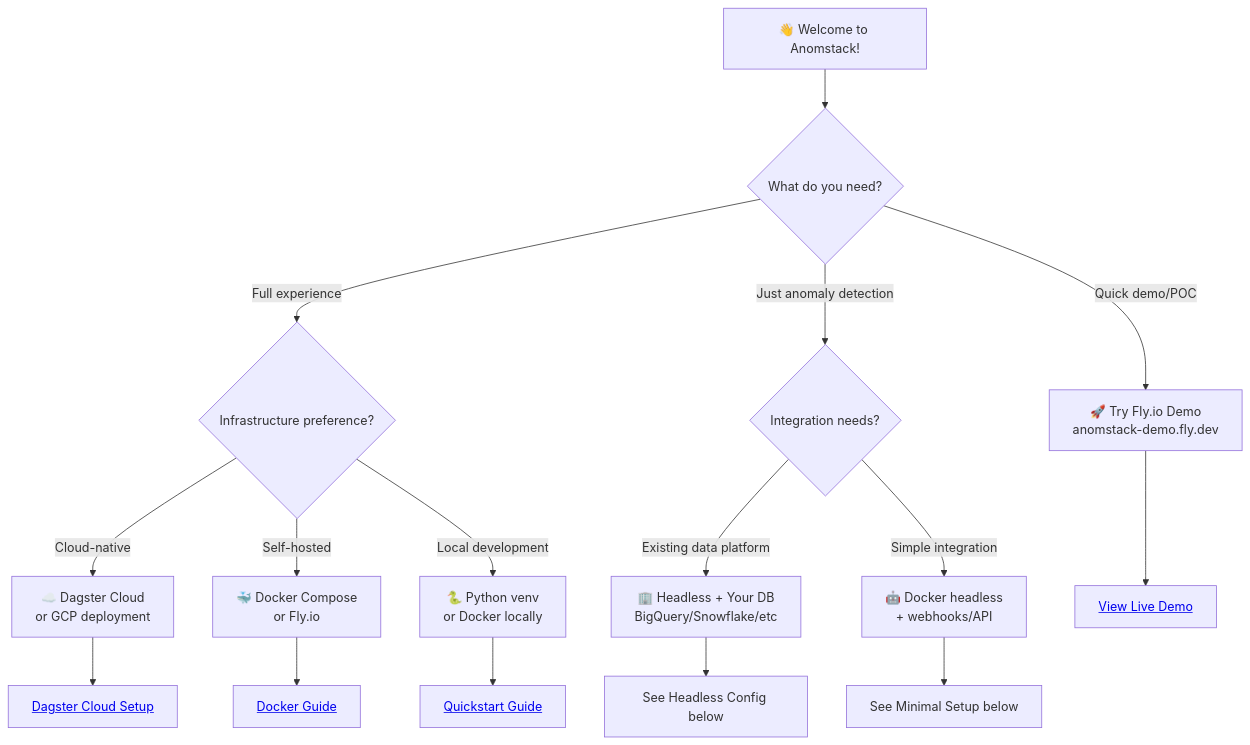
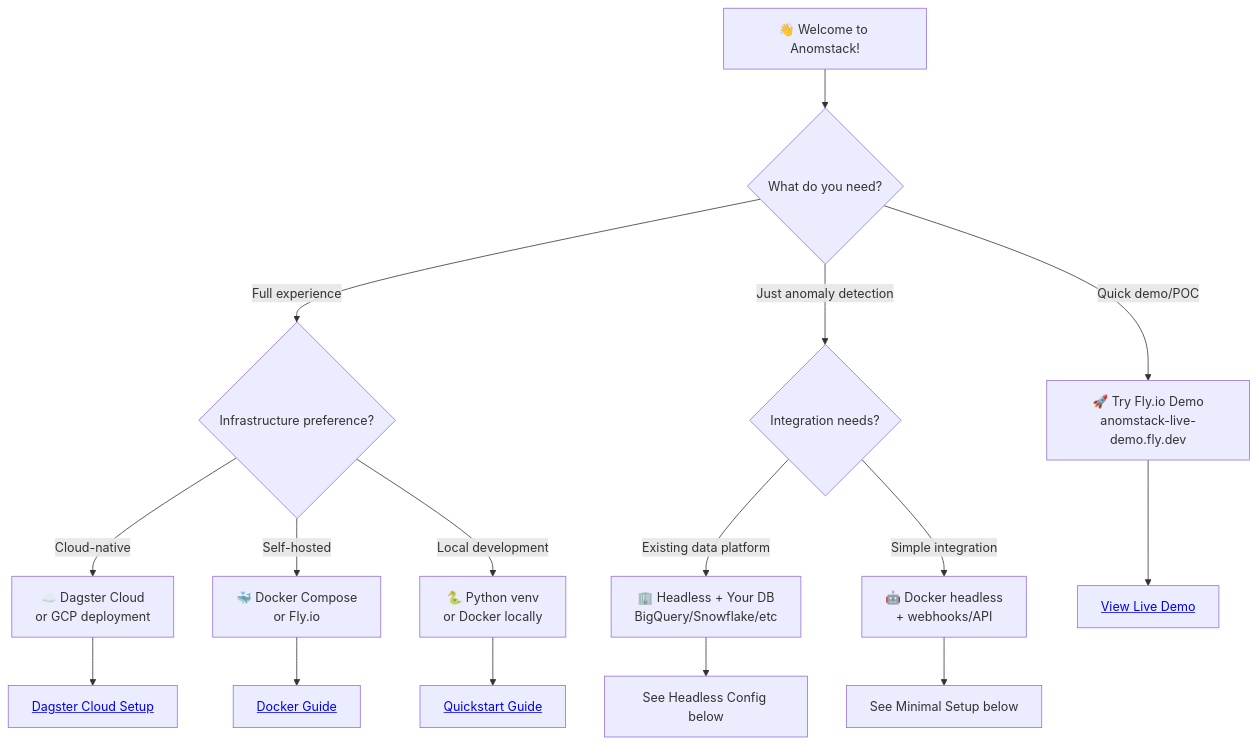
Before and after one commit to andrewm4894/anomstack: the fifth of 5 diagrams in docs/docs/deployment/overview.md, drawn with Mermaid. The commit also changed other lines of this file and 9 other files, not shown here.

Commit message:
Point demo links and Fly defaults to the live demo app (#207)

````diff
--- a/docs/docs/deployment/overview.md
+++ b/docs/docs/deployment/overview.md
@@ -226,22 +226,22 @@
 ```mermaid
 flowchart TD
     START[👋 Welcome to Anomstack!] --> NEED{What do you need?}
 
-    NEED -->|Quick demo/POC| DEMO[🚀 Try Fly.io Demo<br/>anomstack-demo.fly.dev]
+    NEED -->|Quick demo/POC| DEMO[🚀 Try Fly.io Demo<br/>anomstack-live-demo.fly.dev]
     NEED -->|Full experience| FULL{Infrastructure preference?}
     NEED -->|Just anomaly detection| HEADLESS{Integration needs?}
 
     FULL -->|Cloud-native| CLOUD[☁️ Dagster Cloud<br/>or GCP deployment]
     FULL -->|Self-hosted| DOCKER[🐳 Docker Compose<br/>or Fly.io]
     FULL -->|Local development| LOCAL[🐍 Python venv<br/>or Docker locally]
 
     HEADLESS -->|Existing data platform| PLATFORM[🏢 Headless + Your DB<br/>BigQuery/Snowflake/etc]
     HEADLESS -->|Simple integration| MINIMAL[🤖 Docker headless<br/>+ webhooks/API]
 
-    DEMO --> DEMO_LINK[<a href='https://anomstack-demo.fly.dev'>View Live Demo</a>]
+    DEMO --> DEMO_LINK[<a href='https://anomstack-live-demo.fly.dev'>View Live Demo</a>]
     CLOUD --> CLOUD_DOCS[<a href='https://docs.dagster.io/dagster-cloud'>Dagster Cloud Setup</a>]
     DOCKER --> DOCKER_DOCS[<a href='./docker'>Docker Guide</a>]
     LOCAL --> LOCAL_DOCS[<a href='../quickstart'>Quickstart Guide</a>]
     PLATFORM --> HEADLESS_CONFIG[See Headless Config below]
     MINIMAL --> MINIMAL_CONFIG[See Minimal Setup below]
 ```
````
